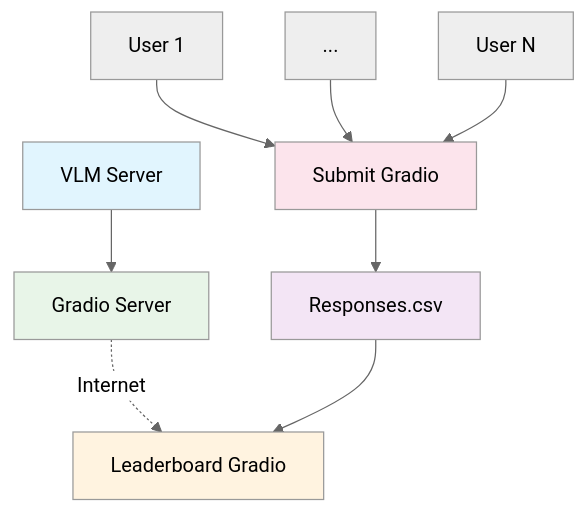
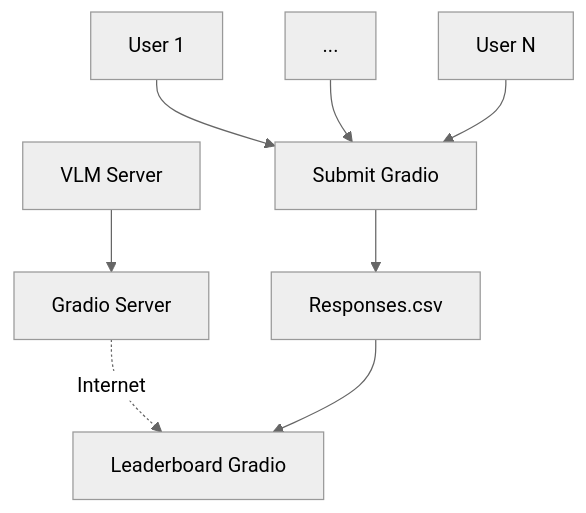
The diagram in demo/INFERENCE_ENGINE.md (neuromorphs/lt25-grpo-debate-stolen), drawn with Mermaid (neutral theme) before and after one commit. The commit also changed 1 other file, not shown here.

````diff
--- a/demo/INFERENCE_ENGINE.md
+++ b/demo/INFERENCE_ENGINE.md
@@ -3,18 +3,12 @@
 ```mermaid
 graph TB
     VLM[VLM Server] --> GS[Gradio Server]
 
     GS -.->|Internet| LG[Leaderboard Gradio]
     CSV[Responses.csv] --> LG
     SG[Submit Gradio] --> CSV
 
     U1[User 1] --> SG
     U2[...] --> SG
     UN[User N] --> SG
-
-    style VLM fill:#e1f5fe
-    style GS fill:#e8f5e8
-    style LG fill:#fff3e0
-    style SG fill:#fce4ec
-    style CSV fill:#f3e5f5
 ```
````
